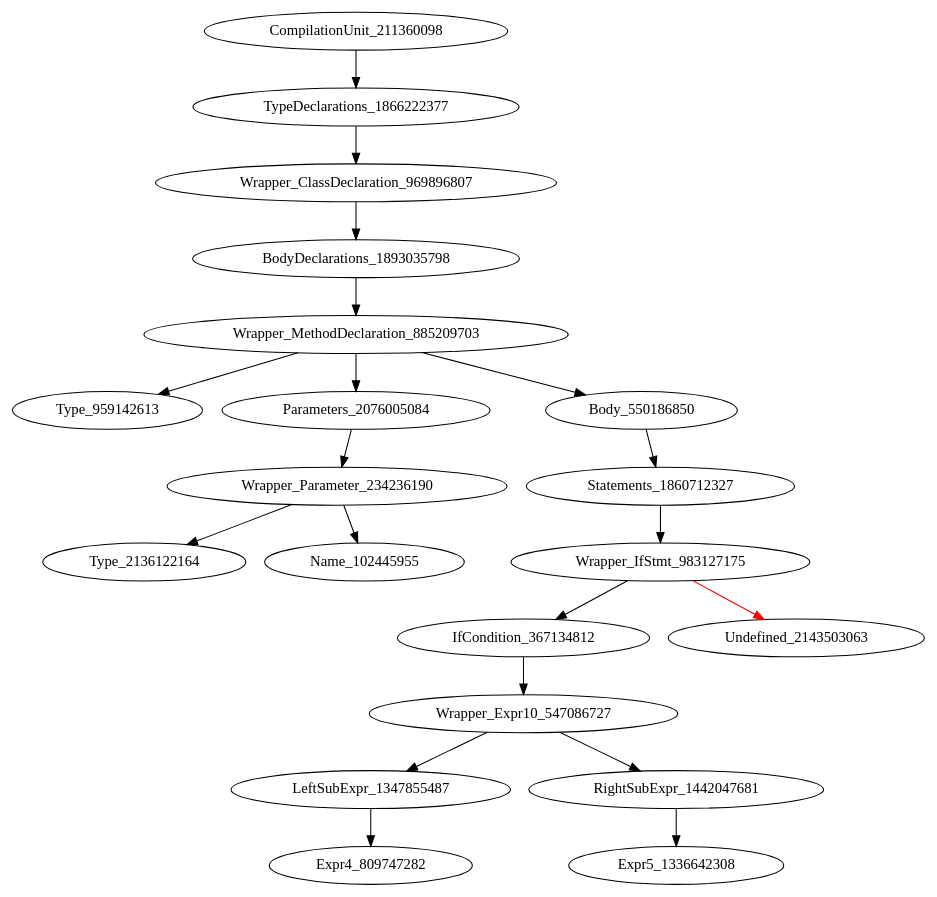
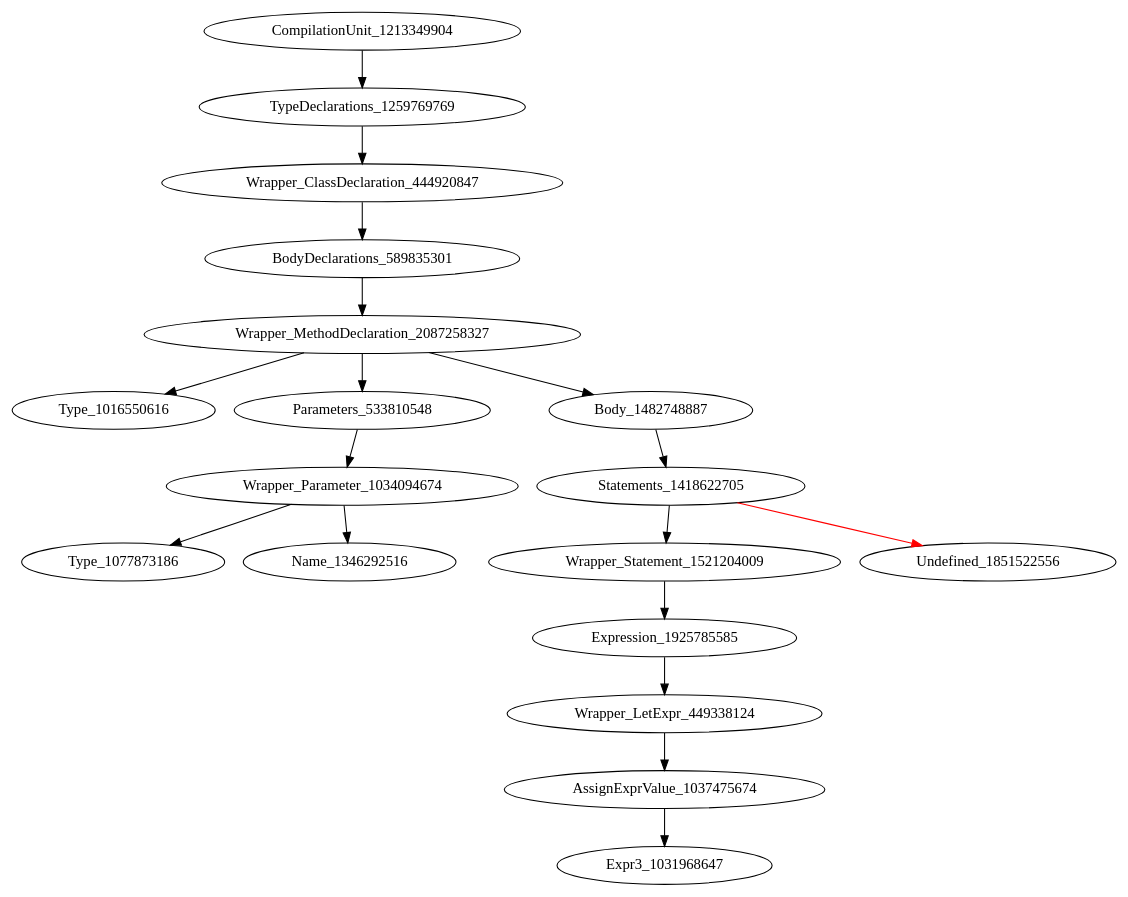
Before and after one commit to icse2023material/VoiceJava: the diagram in holeAST.dot, drawn with Graphviz. The commit also changed 8 other files, not shown here.

```diff
--- a/holeAST.dot
+++ b/holeAST.dot
@@ -1,21 +1,19 @@
 digraph {
-CompilationUnit_211360098 -> TypeDeclarations_1866222377
-TypeDeclarations_1866222377 -> Wrapper_ClassDeclaration_969896807
-Wrapper_ClassDeclaration_969896807 -> BodyDeclarations_1893035798
-BodyDeclarations_1893035798 -> Wrapper_MethodDeclaration_885209703
-Wrapper_MethodDeclaration_885209703 -> Type_959142613
-Wrapper_MethodDeclaration_885209703 -> Parameters_2076005084
-Wrapper_MethodDeclaration_885209703 -> Body_550186850
-Parameters_2076005084 -> Wrapper_Parameter_234236190
-Body_550186850 -> Statements_1860712327
-Wrapper_Parameter_234236190 -> Type_2136122164
-Wrapper_Parameter_234236190 -> Name_102445955
-Statements_1860712327 -> Wrapper_IfStmt_983127175
-Wrapper_IfStmt_983127175 -> IfCondition_367134812
-Wrapper_IfStmt_983127175 -> Undefined_2143503063 [color = red] 
-IfCondition_367134812 -> Wrapper_Expr10_547086727
-Wrapper_Expr10_547086727 -> LeftSubExpr_1347855487
-Wrapper_Expr10_547086727 -> RightSubExpr_1442047681
-LeftSubExpr_1347855487 -> Expr4_809747282
-RightSubExpr_1442047681 -> Expr5_1336642308
+CompilationUnit_1213349904 -> TypeDeclarations_1259769769
+TypeDeclarations_1259769769 -> Wrapper_ClassDeclaration_444920847
+Wrapper_ClassDeclaration_444920847 -> BodyDeclarations_589835301
+BodyDeclarations_589835301 -> Wrapper_MethodDeclaration_2087258327
+Wrapper_MethodDeclaration_2087258327 -> Type_1016550616
+Wrapper_MethodDeclaration_2087258327 -> Parameters_533810548
+Wrapper_MethodDeclaration_2087258327 -> Body_1482748887
+Parameters_533810548 -> Wrapper_Parameter_1034094674
+Body_1482748887 -> Statements_1418622705
+Wrapper_Parameter_1034094674 -> Type_1077873186
+Wrapper_Parameter_1034094674 -> Name_1346292516
+Statements_1418622705 -> Wrapper_Statement_1521204009
+Statements_1418622705 -> Undefined_1851522556 [color = red] 
+Wrapper_Statement_1521204009 -> Expression_1925785585
+Expression_1925785585 -> Wrapper_LetExpr_449338124
+Wrapper_LetExpr_449338124 -> AssignExprValue_1037475674
+AssignExprValue_1037475674 -> Expr3_1031968647
 }
```
